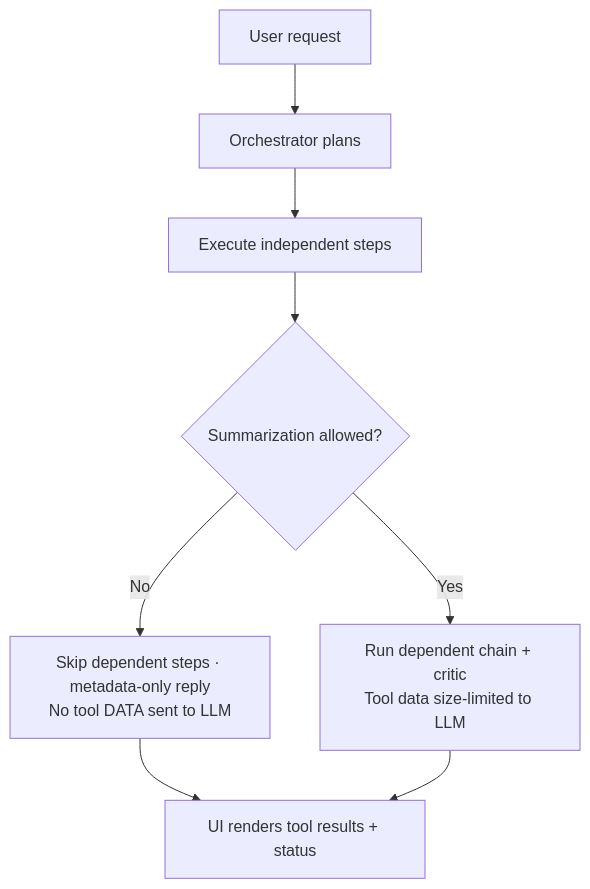
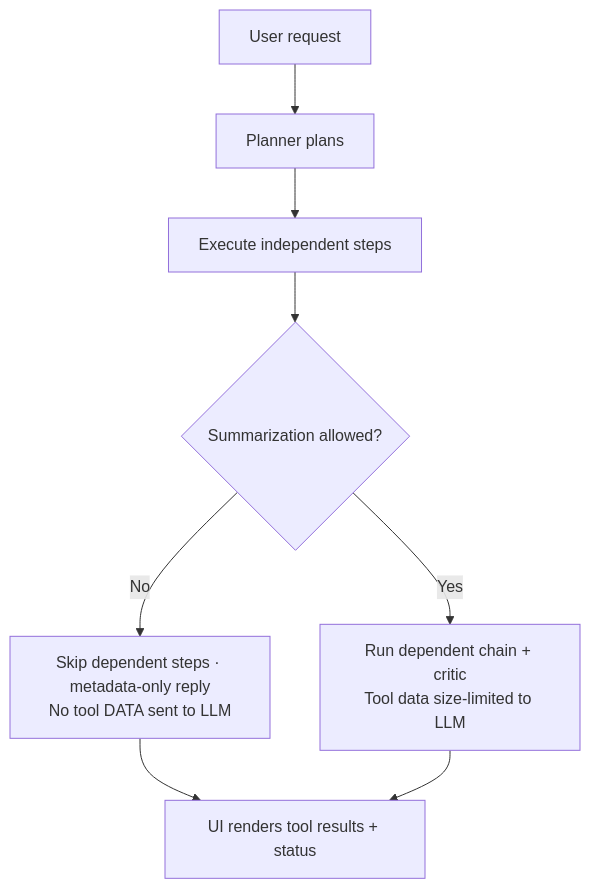
One commit to hnegi01/fes-assistant changed the seventh of 11 diagrams in Execution_Flow.md. Above: the diagram before and after it, drawn with Mermaid. The commit also changed other lines of this file and 8 other files, not shown here.

First line of the commit message:
refactor: correct terminology — planner (drafts the plan) vs orchestrator (the loop)

````diff
--- a/Execution_Flow.md
+++ b/Execution_Flow.md
@@ -247,10 +247,10 @@
 ```mermaid
 flowchart TD
-  A[User request] --> B[Orchestrator plans]
+  A[User request] --> B[Planner plans]
   B --> C[Execute independent steps]
   C --> D{Summarization allowed?}
   D -->|No| E[Skip dependent steps · metadata-only reply<br/>No tool DATA sent to LLM]
   D -->|Yes| F[Run dependent chain + critic<br/>Tool data size-limited to LLM]
   E --> G[UI renders tool results + status]
   F --> G
 ```
````
